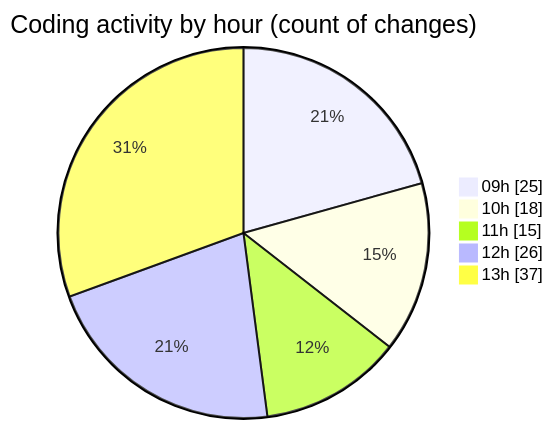
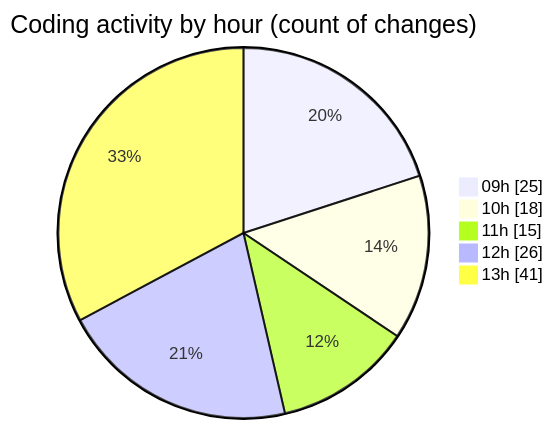
The second of 2 diagrams in 2025-03-13/cda/README.md (momahboobian/code-tracking), drawn with Mermaid before and after one commit. The commit also changed other lines of this file and 1 other file, not shown here.

````diff
--- a/2025-03-13/cda/README.md
+++ b/2025-03-13/cda/README.md
@@ -42,9 +42,9 @@
 ```mermaid
 pie showData
 title Coding activity by hour (count of changes)
 "09h" : 25
 "10h" : 18
 "11h" : 15
 "12h" : 26
-"13h" : 37
+"13h" : 41
 ```
````
